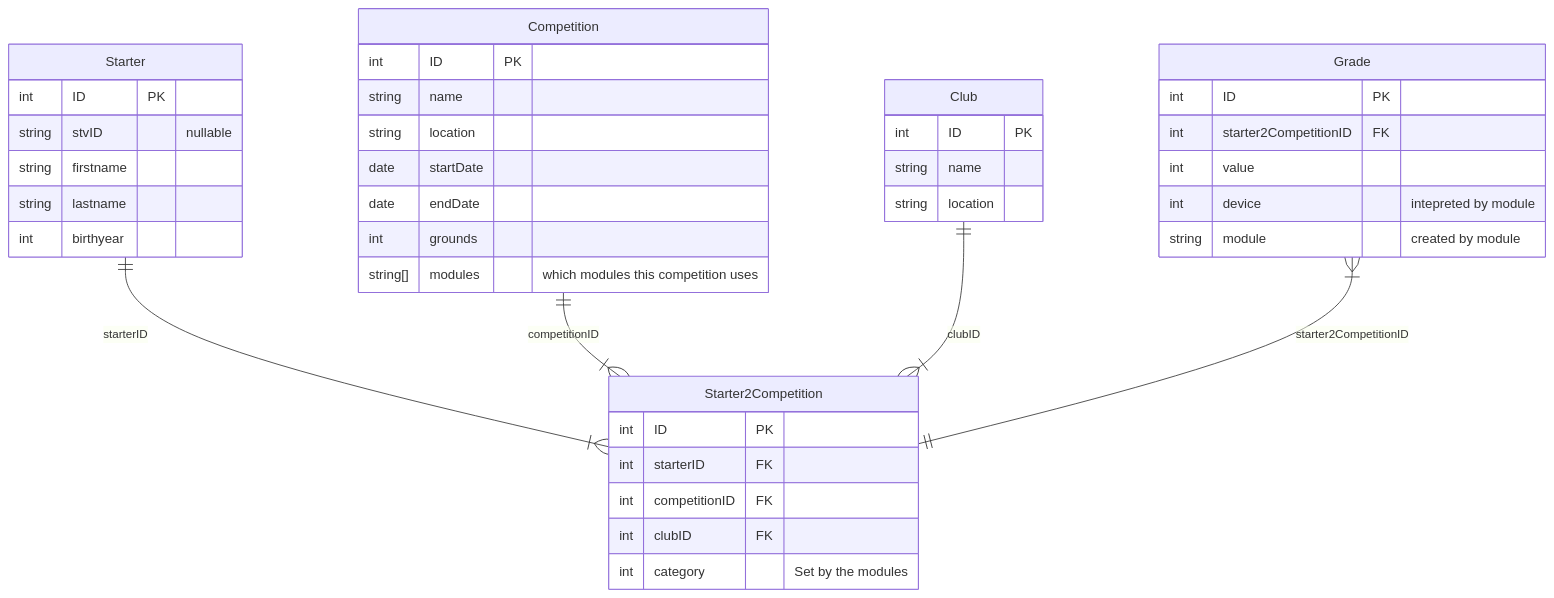
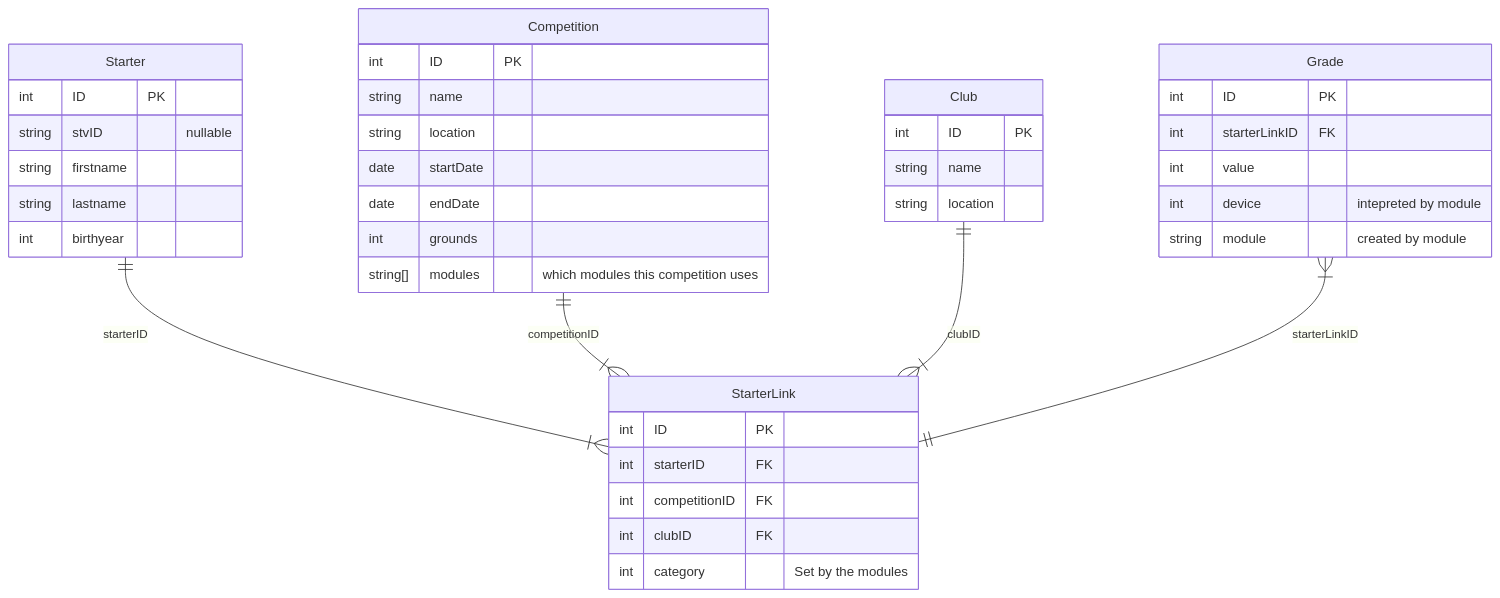
Before and after one commit to mathewmeconry/uteg-v2: the first of 3 diagrams in docs/DatabaseSchema.md, drawn with Mermaid. The commit also changed other lines of this file and 17 other files, not shown here.

Commit message:
fix: renames starter2competition to starterLink

````diff
--- a/docs/DatabaseSchema.md
+++ b/docs/DatabaseSchema.md
@@ -3,48 +3,48 @@
 ```mermaid
 erDiagram
     Starter {
         int ID PK
         string stvID "nullable"
         string firstname
         string lastname
         int birthyear
     }
 
     Club {
         int ID PK
         string name
         string location
     }
 
     Competition {
         int ID PK
         string name
         string location
         date startDate
         date endDate
         int grounds
         string[] modules "which modules this competition uses"
     }
 
-    Starter2Competition {
+    StarterLink {
         int ID PK
         int starterID FK
         int competitionID FK
         int clubID FK
         int category "Set by the modules"
     }
 
-    Starter ||--}| Starter2Competition : starterID
-    Competition ||--}| Starter2Competition : competitionID
-    Club ||--}| Starter2Competition : clubID
+    Starter ||--}| StarterLink : starterID
+    Competition ||--}| StarterLink : competitionID
+    Club ||--}| StarterLink : clubID
 
     Grade {
         int ID PK
-        int starter2CompetitionID FK
+        int starterLinkID FK
         int value
         int device "intepreted by module"
         string module "created by module"
     }
 
-    Grade |{--|| Starter2Competition: starter2CompetitionID
+    Grade |{--|| StarterLink: starterLinkID
 ```
````
